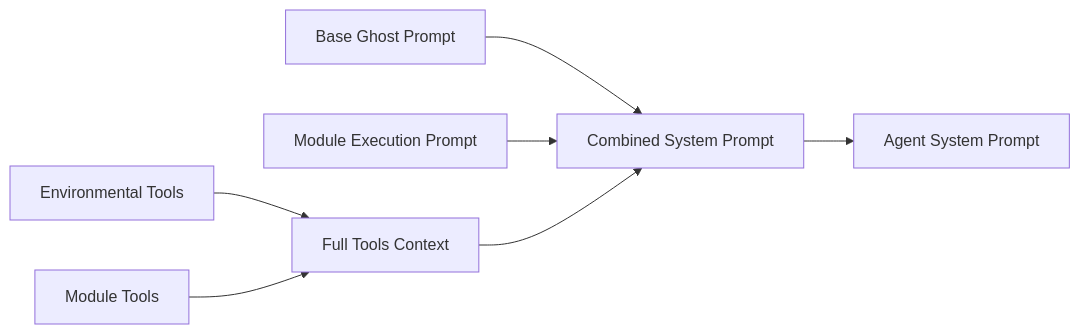
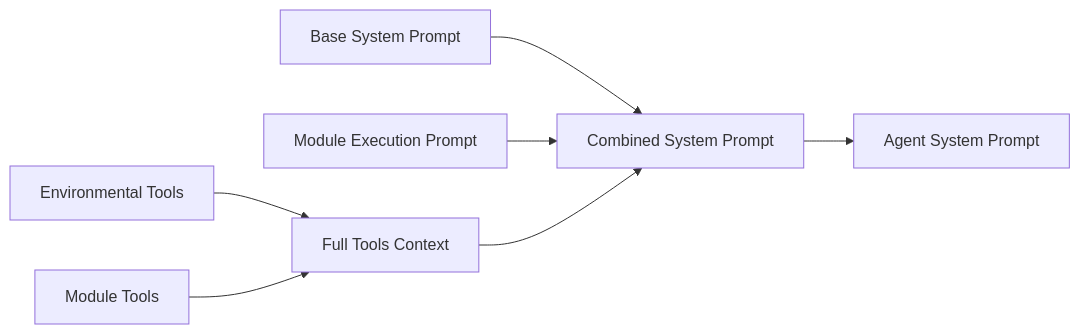
Before and after one commit to westonbrown/Cyber-AutoAgent: the third of 5 diagrams in docs/prompt_management.md, drawn with Mermaid. The commit also changed other lines of this file and 10 other files, not shown here.

````diff
--- a/docs/prompt_management.md
+++ b/docs/prompt_management.md
@@ -138,9 +163,9 @@
 ```mermaid
 graph LR
-    A[Base Ghost Prompt] --> C[Combined System Prompt]
+    A[Base System Prompt] --> C[Combined System Prompt]
     B[Module Execution Prompt] --> C
     D[Environmental Tools] --> E[Full Tools Context]
     F[Module Tools] --> E
     E --> C
     C --> G[Agent System Prompt]
 ```
````
